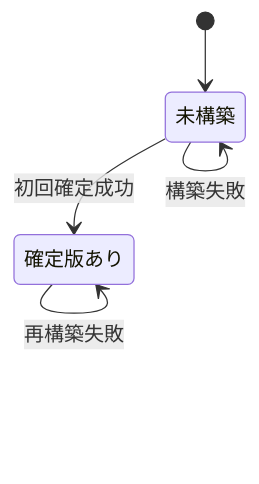
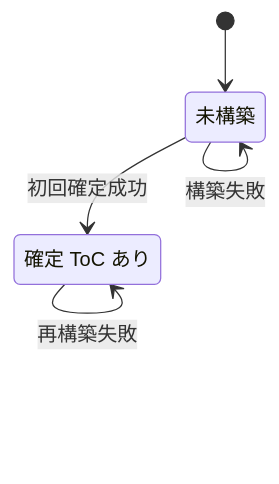
Before and after one commit to BlueEventHorizon/doc-link: the first of 2 diagrams in docs/specs/design/DES-004_state-machines.md, drawn with Mermaid. The commit also changed other lines of this file and 23 other files, not shown here.

````diff
--- a/docs/specs/design/DES-004_state-machines.md
+++ b/docs/specs/design/DES-004_state-machines.md
@@ -27,11 +27,11 @@
 ```mermaid
 stateDiagram-v2
     direction TB
     [*] --> Unbuilt
     Unbuilt: 未構築
-    Published: 確定版あり
+    Published: 確定 ToC あり
     Unbuilt --> Published: 初回確定成功
     Published --> Published: 再構築確定成功
     Unbuilt --> Unbuilt: 構築失敗
     Published --> Published: 再構築失敗
 ```
````
